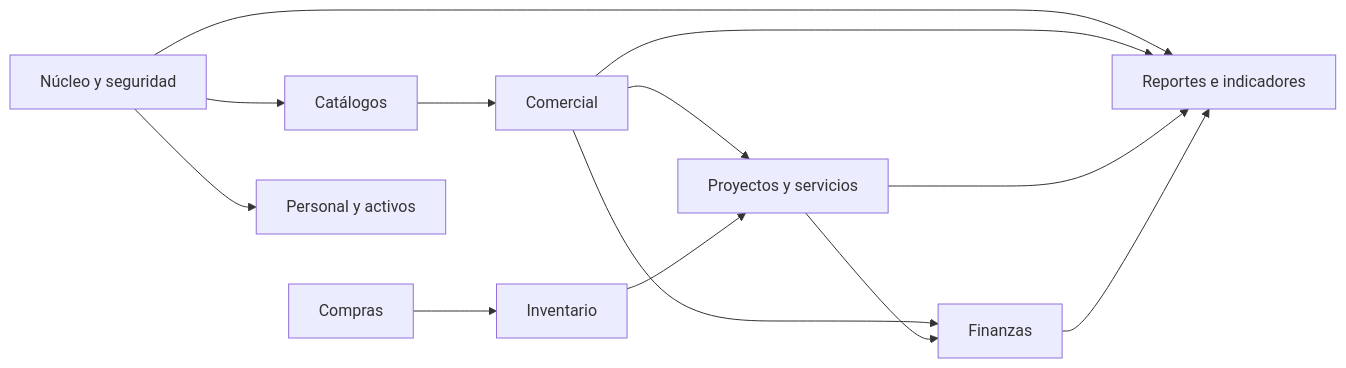
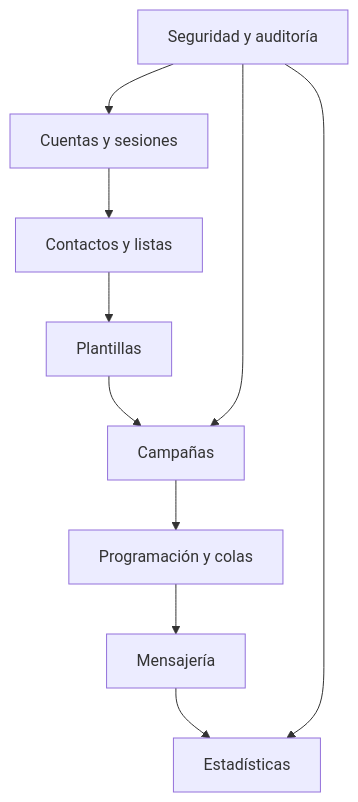
The third of 4 diagrams in README.md (OyasumiDev/QUOR-CRM-SYSTEM), drawn with Mermaid before and after one commit. The commit also changed other lines of this file, not shown here.

````diff
--- a/README.md
+++ b/README.md
@@ -45,15 +93,12 @@
 ```mermaid
-flowchart LR
-  Core[Núcleo y seguridad] --> Catalogs[Catálogos]
-  Catalogs --> Commercial[Comercial]
-  Commercial --> Projects[Proyectos y servicios]
-  Commercial --> Finance[Finanzas]
-  Purchasing[Compras] --> Inventory[Inventario]
-  Inventory --> Projects
-  Projects --> Finance
-  Core --> People[Personal y activos]
-  Core --> Analytics[Reportes e indicadores]
-  Commercial --> Analytics
-  Projects --> Analytics
-  Finance --> Analytics
+flowchart TD
+  Accounts[Cuentas y sesiones] --> Contacts[Contactos y listas]
+  Contacts --> Templates[Plantillas]
+  Templates --> Campaigns[Campañas]
+  Campaigns --> Queue[Programación y colas]
+  Queue --> Messaging[Mensajería]
+  Messaging --> Statistics[Estadísticas]
+  Core[Seguridad y auditoría] --> Accounts
+  Core --> Campaigns
+  Core --> Statistics
 ```
````
